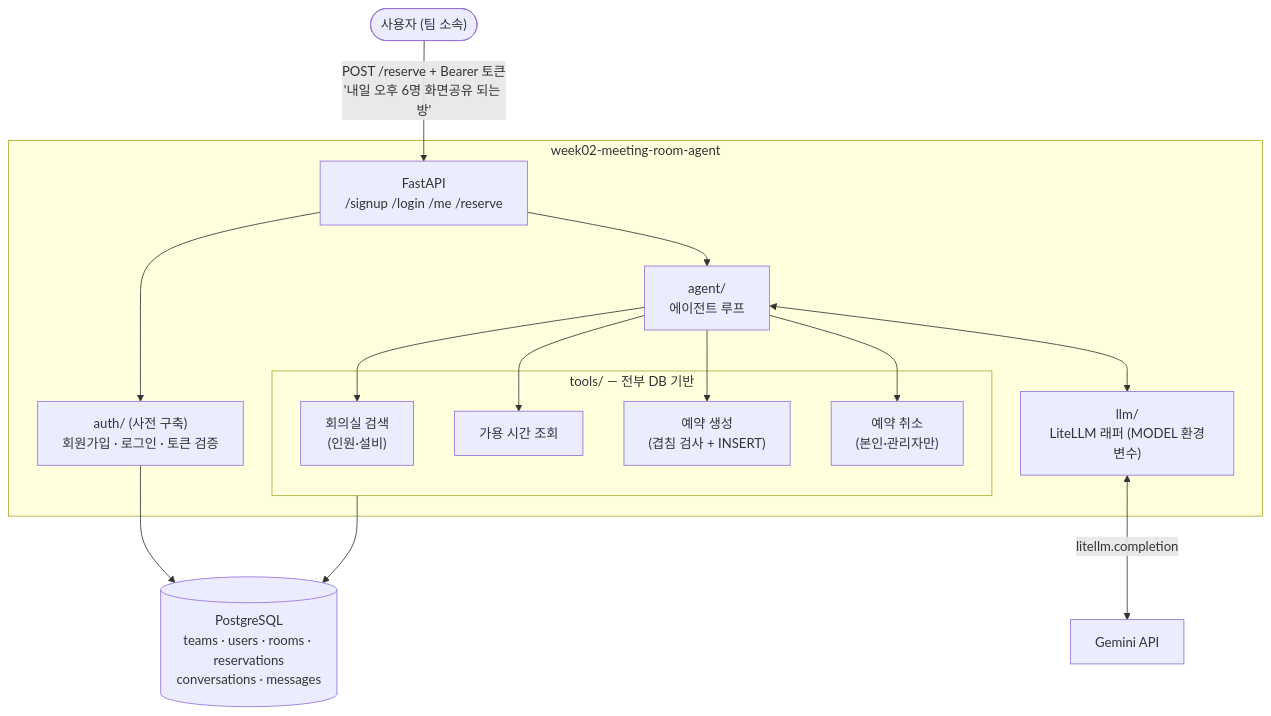
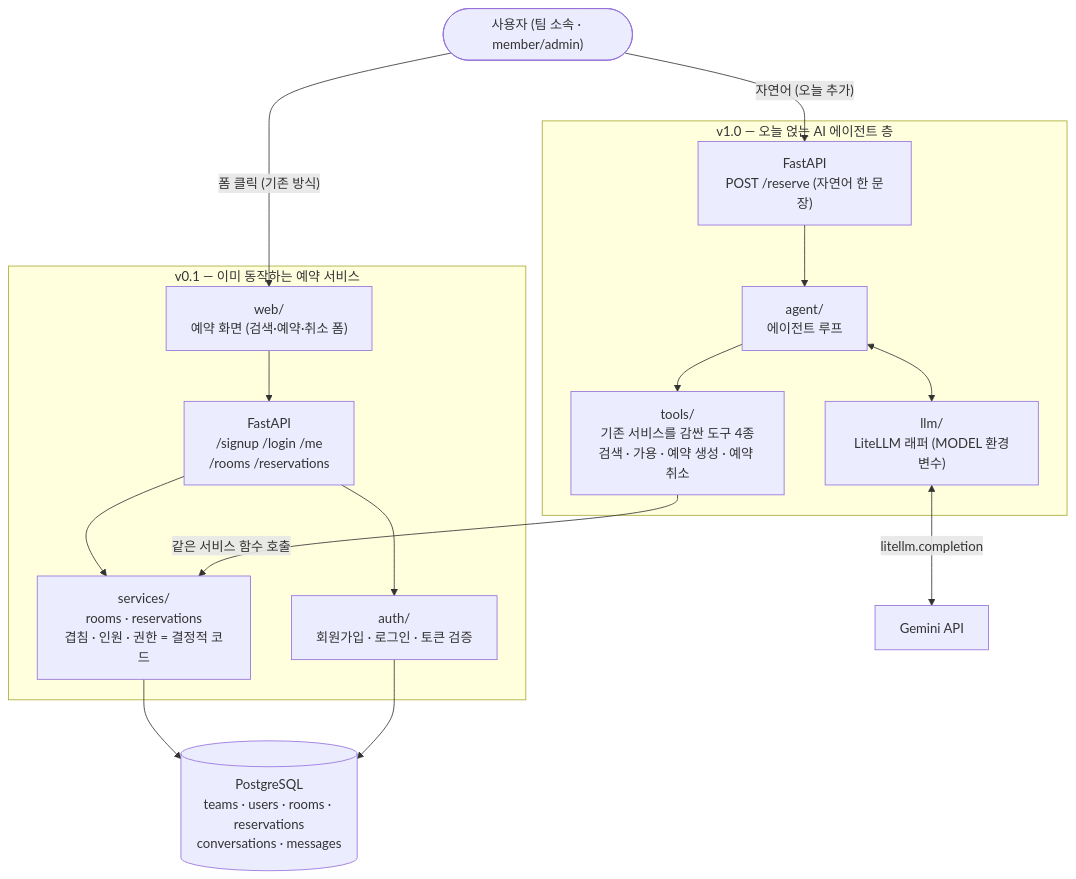
One commit to 2026-ai-service-engineering-a/ai_service_engineering-track_a changed the second of 9 diagrams in site/src/content/courses/ko/session-02.mdx. Above: the diagram before and after it, drawn with Mermaid. The commit also changed other lines of this file, not shown here.

First line of the commit message:
Reframe week02 v0.1 as an existing service the agent extends

````diff
--- a/site/src/content/courses/ko/session-02.mdx
+++ b/site/src/content/courses/ko/session-02.mdx
@@ -108,25 +111,31 @@
 ```mermaid
 flowchart TB
-    U(["사용자 (팀 소속)"]) -->|"POST /reserve + Bearer 토큰<br/>'내일 오후 6명 화면공유 되는 방'"| API
+    U(["사용자 (팀 소속 · member/admin)"])
 
-    subgraph app["week02-meeting-room-agent"]
-        API["FastAPI<br/>/signup /login /me /reserve"]
-        AUTH["auth/ (사전 구축)<br/>회원가입 · 로그인 · 토큰 검증"]
+    subgraph existing["v0.1 — 이미 동작하는 예약 서비스"]
+        WEBUI["web/<br/>예약 화면 (검색·예약·취소 폼)"]
+        API["FastAPI<br/>/signup /login /me<br/>/rooms /reservations"]
+        AUTH["auth/<br/>회원가입 · 로그인 · 토큰 검증"]
+        SVC["services/<br/>rooms · reservations<br/>겹침 · 인원 · 권한 = 결정적 코드"]
+        WEBUI --> API
+        API --> AUTH
+        API --> SVC
+    end
+
+    subgraph added["v1.0 — 오늘 얹는 AI 에이전트 층"]
+        API2["FastAPI<br/>POST /reserve (자연어 한 문장)"]
         AG["agent/<br/>에이전트 루프"]
         LLM["llm/<br/>LiteLLM 래퍼 (MODEL 환경변수)"]
-        subgraph tools["tools/ — 전부 DB 기반"]
-            T1["회의실 검색<br/>(인원·설비)"]
-            T2["가용 시간 조회"]
-            T3["예약 생성<br/>(겹침 검사 + INSERT)"]
-            T4["예약 취소<br/>(본인·관리자만)"]
-        end
-        API --> AUTH
-        API --> AG
+        TOOLS["tools/<br/>기존 서비스를 감싼 도구 4종<br/>검색 · 가용 · 예약 생성 · 예약 취소"]
+        API2 --> AG
         AG <--> LLM
-        AG --> T1 & T2 & T3 & T4
+        AG --> TOOLS
     end
 
-    tools --> PG[("PostgreSQL<br/>teams · users · rooms · reservations<br/>conversations · messages")]
+    U -->|"폼 클릭 (기존 방식)"| WEBUI
+    U -->|"자연어 (오늘 추가)"| API2
+    TOOLS -->|"같은 서비스 함수 호출"| SVC
+    SVC --> PG[("PostgreSQL<br/>teams · users · rooms · reservations<br/>conversations · messages")]
     AUTH --> PG
     LLM <-->|litellm.completion| G["Gemini API"]
 ```
````
